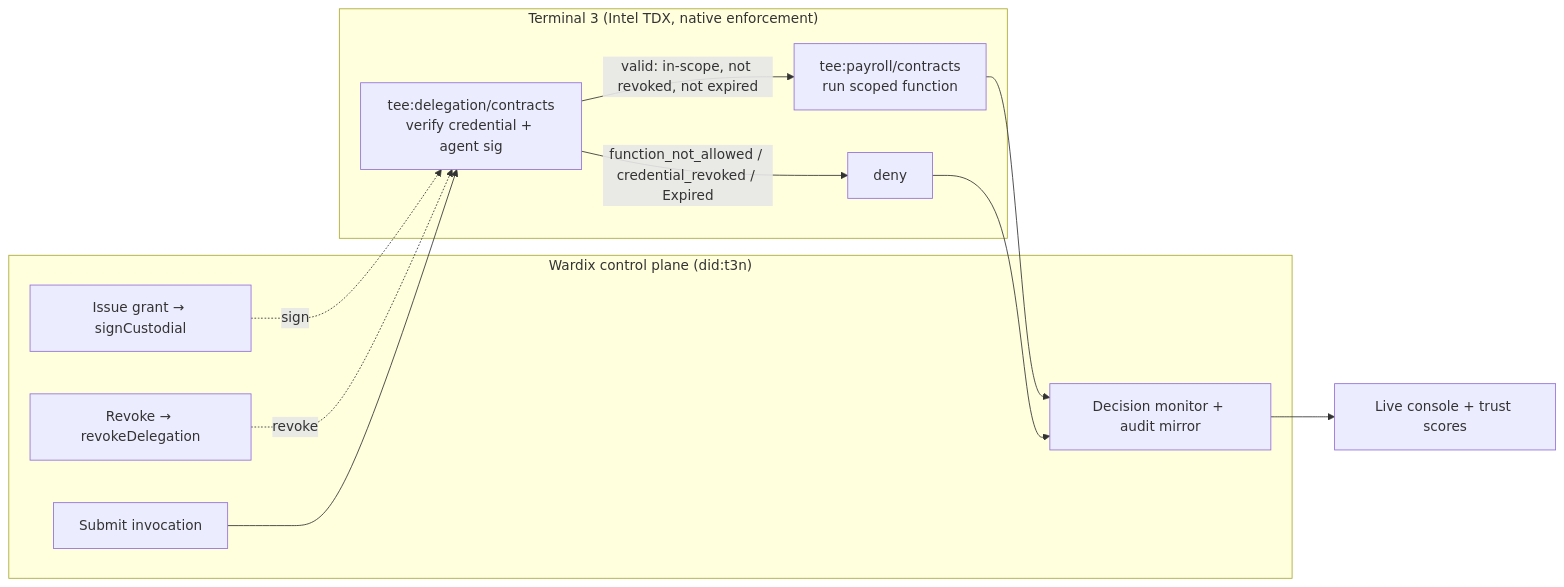
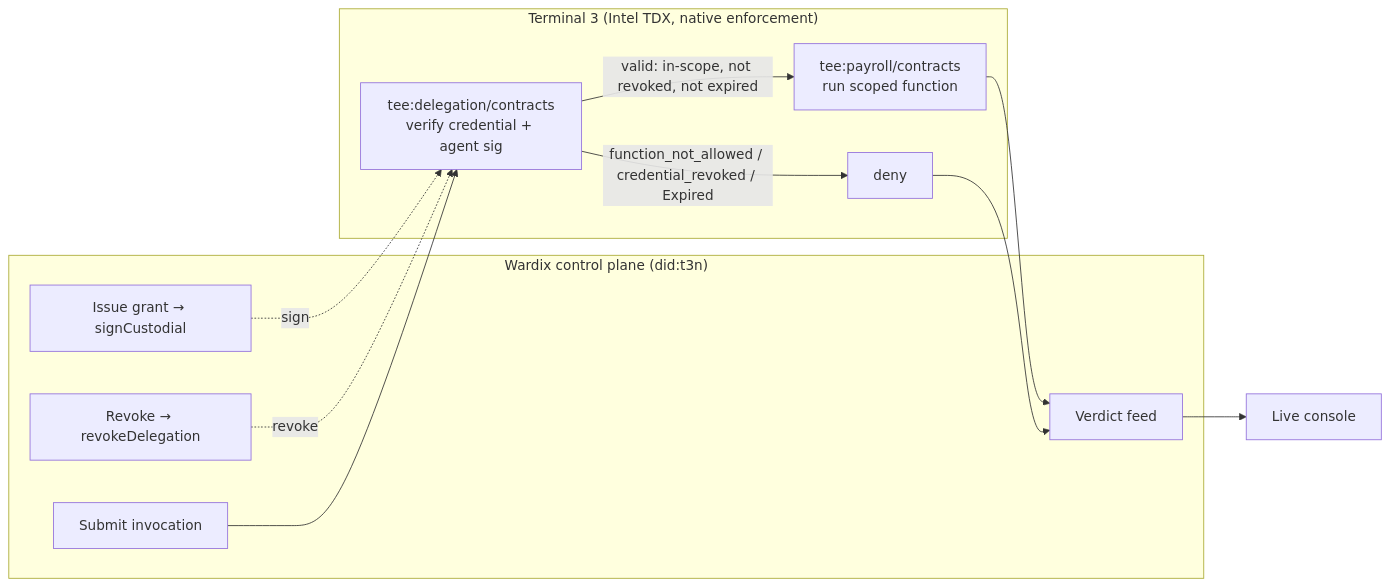
The diagram in docs/ARCHITECTURE.md (edycutjong/wardix), drawn with Mermaid before and after one commit. The commit also changed other lines of this file and 23 other files, not shown here.

````diff
--- a/docs/ARCHITECTURE.md
+++ b/docs/ARCHITECTURE.md
@@ -29,21 +29,21 @@
 ```mermaid
 flowchart LR
     subgraph Wardix["Wardix control plane (did:t3n)"]
       ISSUE[Issue grant → signCustodial]
       INV[Submit invocation]
       REV[Revoke → revokeDelegation]
-      MON[Decision monitor + audit mirror]
+      MON[Verdict feed]
     end
     subgraph T3["Terminal 3 (Intel TDX, native enforcement)"]
       DEL[tee:delegation/contracts<br/>verify credential + agent sig]
       PAY[tee:payroll/contracts<br/>run scoped function]
       DEL -->|valid: in-scope, not revoked, not expired| PAY
       DEL -->|function_not_allowed / credential_revoked / Expired| DENY[deny]
     end
     ISSUE -. sign .-> DEL
     REV -. revoke .-> DEL
     INV --> DEL
     PAY --> MON
     DENY --> MON
-    MON --> CON[Live console + trust scores]
+    MON --> CON[Live console]
 ```
````
